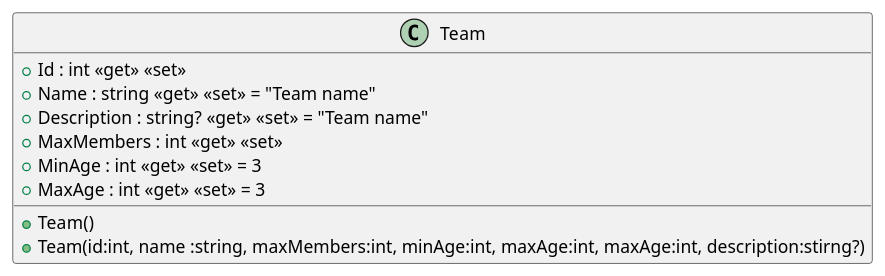
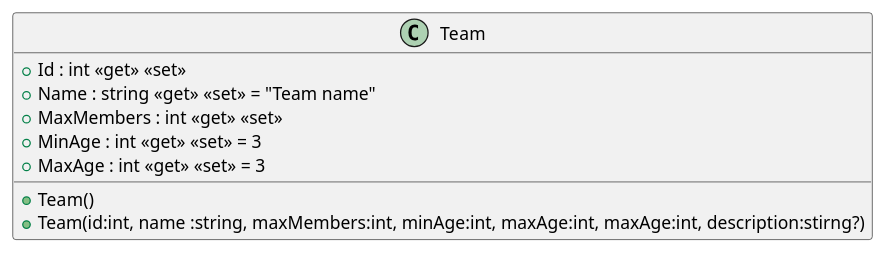
Before and after one commit to SEII2627LosBalicki/ISII2627LosBalicki: the diagram in src/AppForSEII.API/ClassDiagram/Team.puml, drawn with PlantUML. The commit also changed 1 other file, not shown here.

Commit message:
Team Name length and remove description

```diff
--- a/src/AppForSEII.API/ClassDiagram/Team.puml
+++ b/src/AppForSEII.API/ClassDiagram/Team.puml
@@ -1,13 +1,12 @@
 @startuml 
 class Team {
     + Id : int <<get>> <<set>>
     + Name : string <<get>> <<set>> = "Team name"
-    + Description : string? <<get>> <<set>> = "Team name"
     + MaxMembers : int <<get>> <<set>>
     + MinAge : int <<get>> <<set>> = 3
     + MaxAge : int <<get>> <<set>> = 3
     + Team()
     + Team(id:int, name :string, maxMembers:int, minAge:int, maxAge:int, maxAge:int, description:stirng?)
 
 }
 @enduml
```
